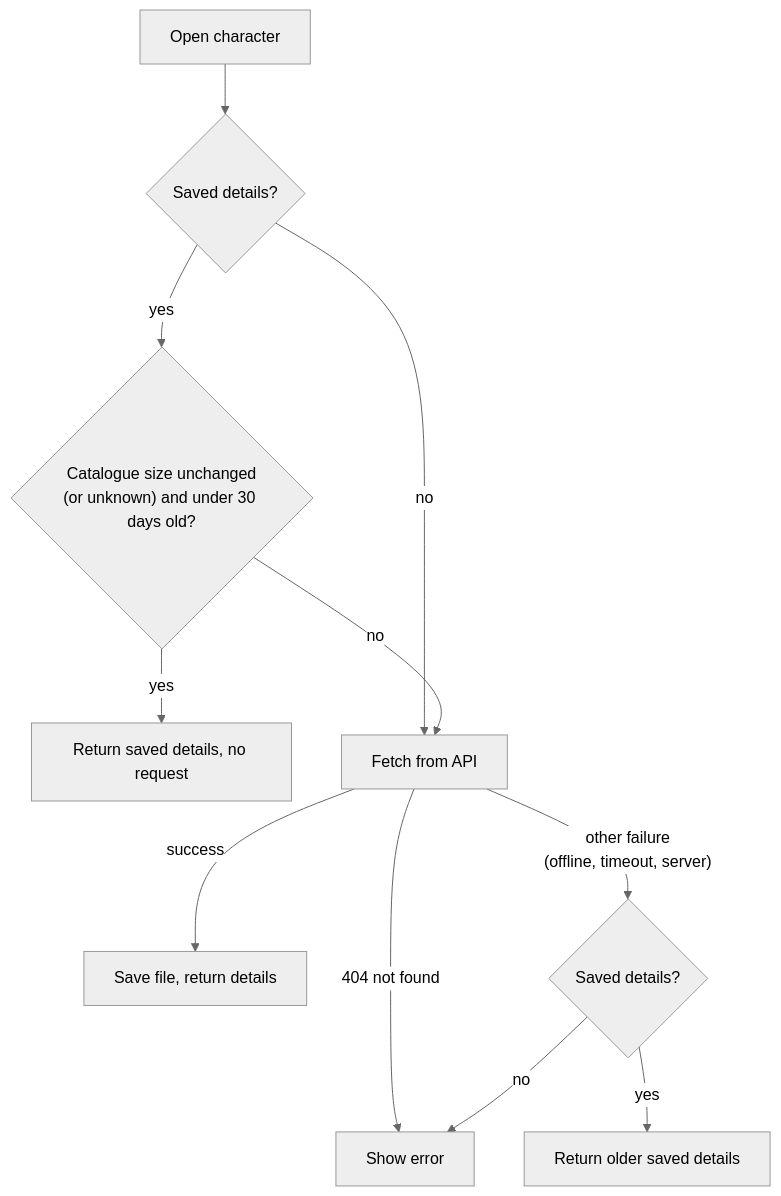
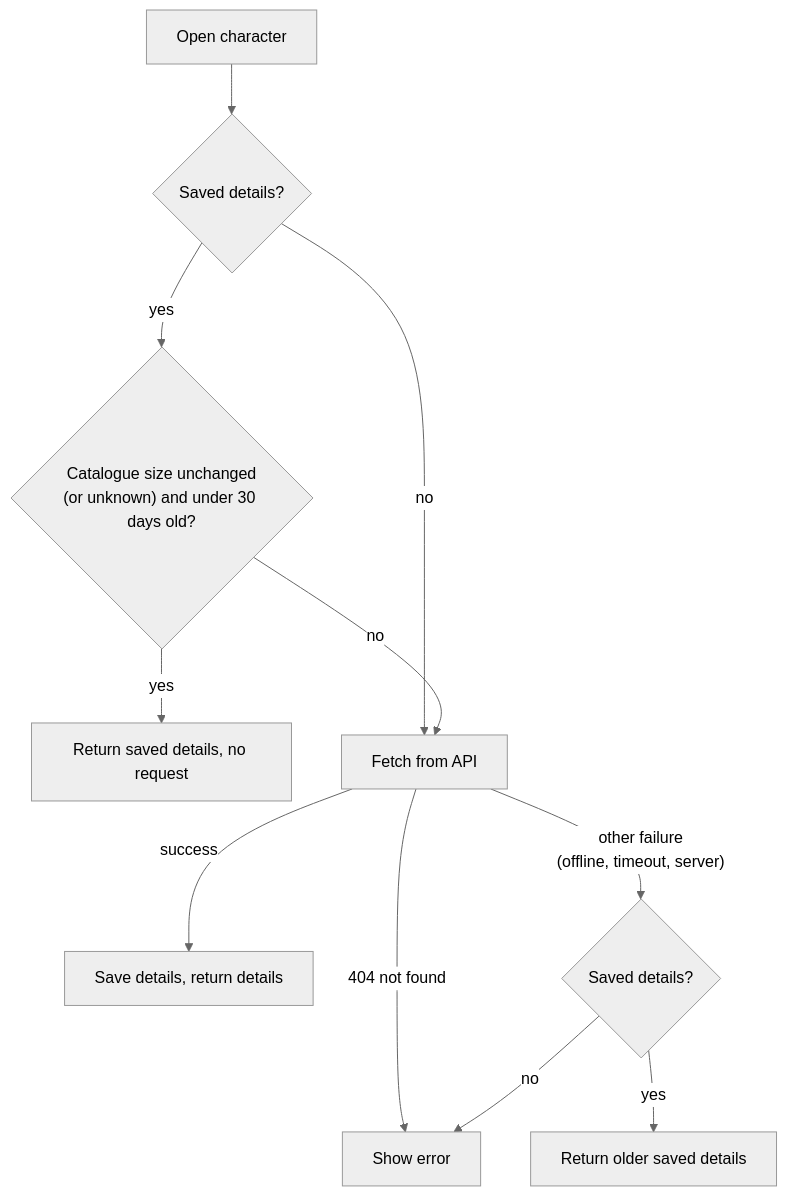
The second of 3 diagrams in docs/design.md (felixinjapan/rick-and-morty-episodes), drawn with Mermaid (neutral theme) before and after one commit. The commit also changed other lines of this file and 1 other file, not shown here.

Commit message:
refactor: refine SwiftData cache queries and diagnostics

````diff
--- a/docs/design.md
+++ b/docs/design.md
@@ -27,13 +27,13 @@
 ```mermaid
 flowchart TD
     A[Open character] --> B{Saved details?}
     B -- yes --> C{"Catalogue size unchanged<br/>(or unknown) and under 30 days old?"}
     C -- yes --> R1[Return saved details, no request]
     B -- no --> F[Fetch from API]
     C -- no --> F
-    F -- success --> S[Save file, return details]
+    F -- success --> S[Save details, return details]
     F -- "404 not found" --> E[Show error]
     F -- "other failure<br/>(offline, timeout, server)" --> G{Saved details?}
     G -- yes --> R2[Return older saved details]
     G -- no --> E
 ```
````
